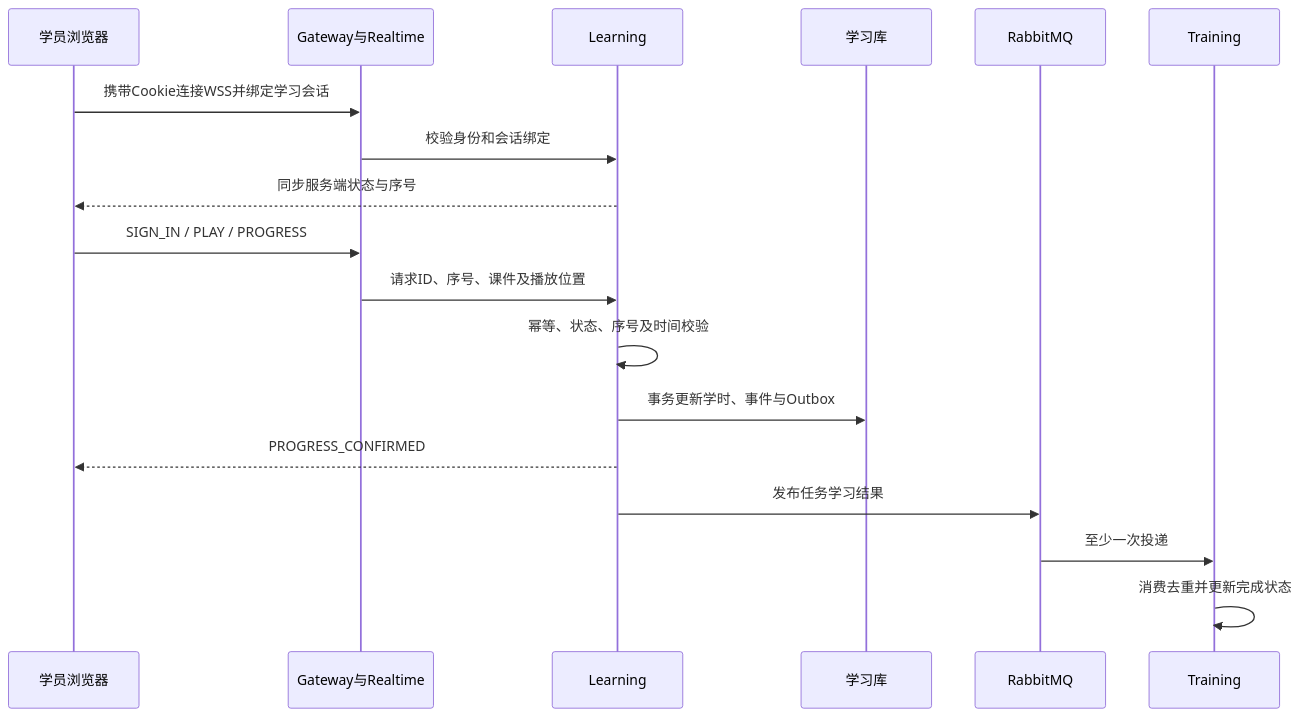
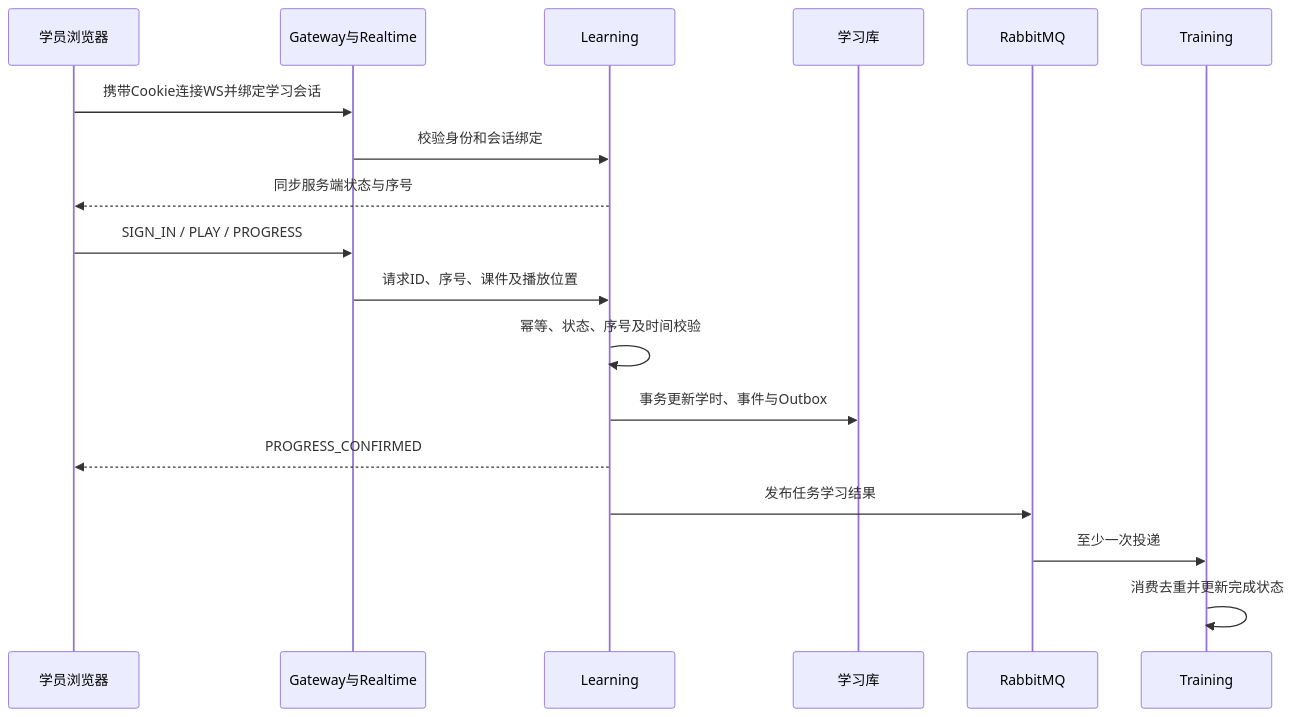
Before and after one commit to Lijian500/road-transport-training-platform: the third of 4 diagrams in docs/thesis/design-and-defense.md, drawn with Mermaid. The commit also changed other lines of this file and 43 other files, not shown here.

````diff
--- a/docs/thesis/design-and-defense.md
+++ b/docs/thesis/design-and-defense.md
@@ -84,20 +84,20 @@
 ```mermaid
 sequenceDiagram
     participant S as 学员浏览器
     participant G as Gateway与Realtime
     participant L as Learning
     participant D as 学习库
     participant Q as RabbitMQ
     participant T as Training
-    S->>G: 携带Cookie连接WSS并绑定学习会话
+    S->>G: 携带Cookie连接WS并绑定学习会话
     G->>L: 校验身份和会话绑定
     L-->>S: 同步服务端状态与序号
     S->>G: SIGN_IN / PLAY / PROGRESS
     G->>L: 请求ID、序号、课件及播放位置
     L->>L: 幂等、状态、序号及时间校验
     L->>D: 事务更新学时、事件与Outbox
     L-->>S: PROGRESS_CONFIRMED
     L->>Q: 发布任务学习结果
     Q->>T: 至少一次投递
     T->>T: 消费去重并更新完成状态
 ```
````
